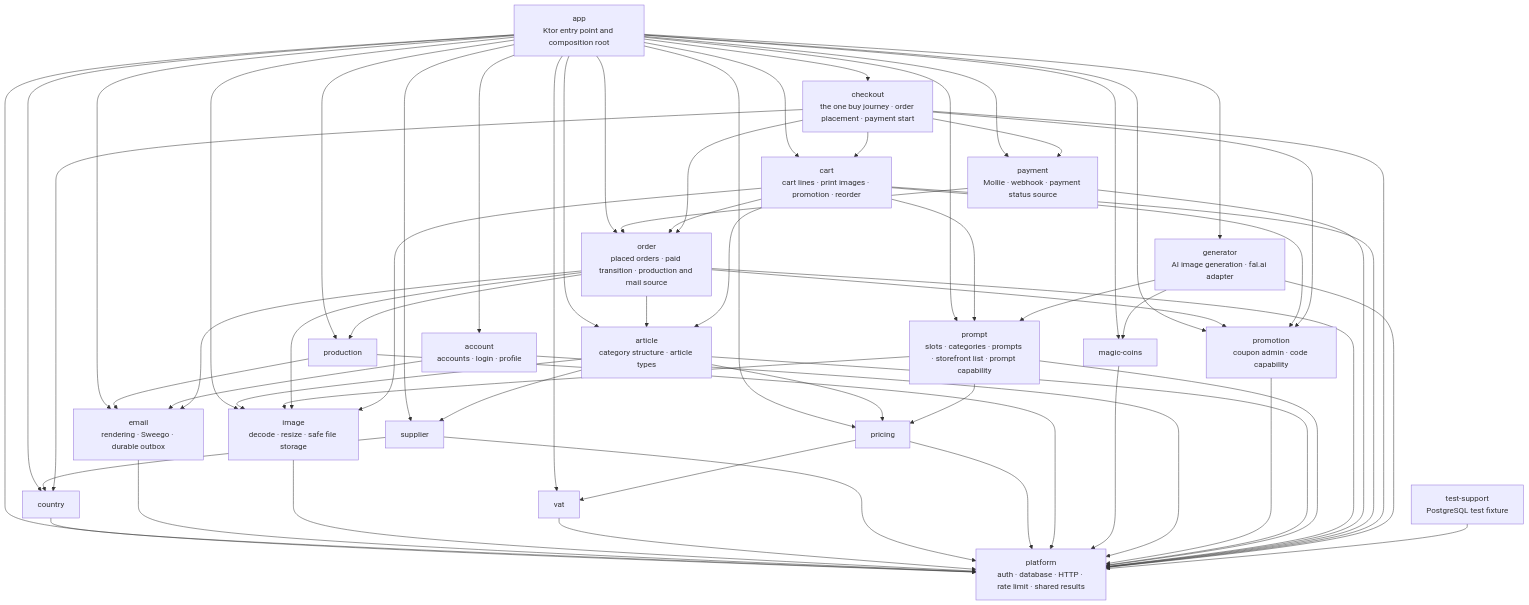
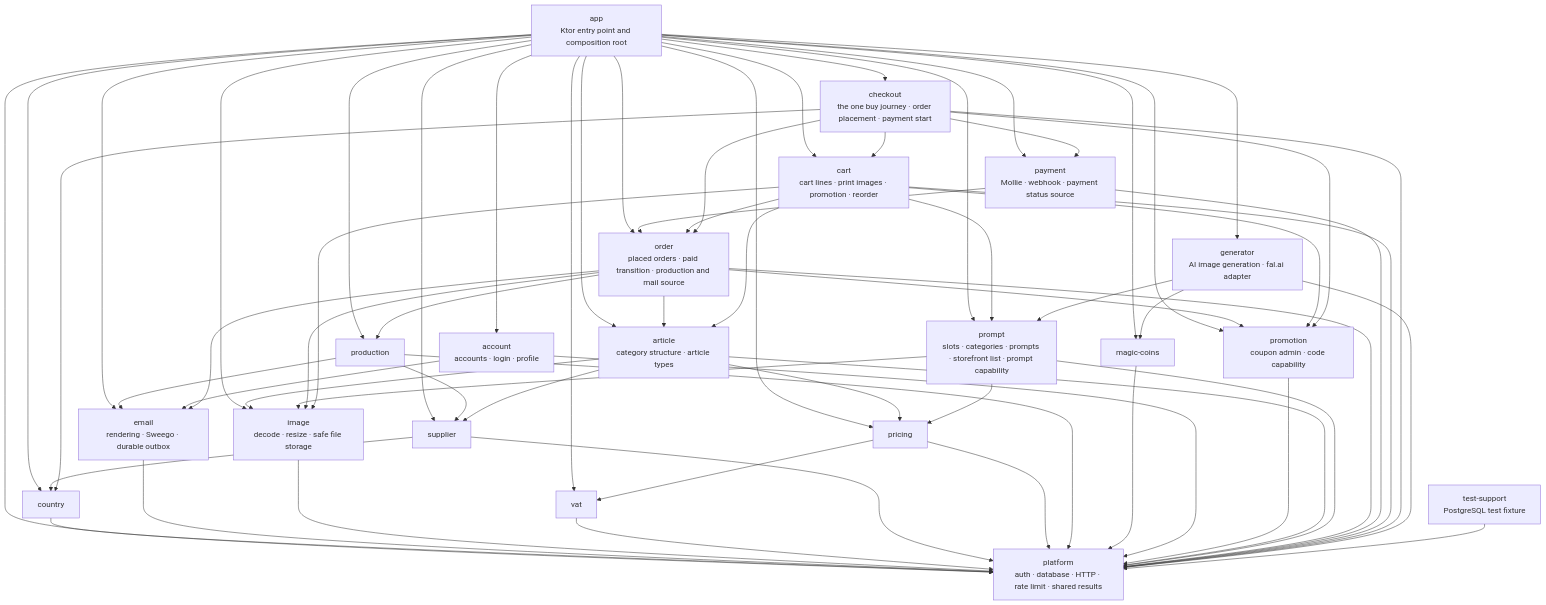
One commit to bitstorm-tech/voenix-shop-kotlin changed the diagram in docs/dev/backend/module-architecture.md. Above: the diagram before and after it, drawn with Mermaid. The commit also changed other lines of this file and 33 other files, not shown here.

```diff
--- a/docs/dev/backend/module-architecture.md
+++ b/docs/dev/backend/module-architecture.md
@@ -82,6 +82,7 @@
     Pricing --> Vat
     Production --> Platform
     Production --> Email
+    Production --> Supplier
     MagicCoins --> Platform
     Account --> Platform
     Account --> Email
```
